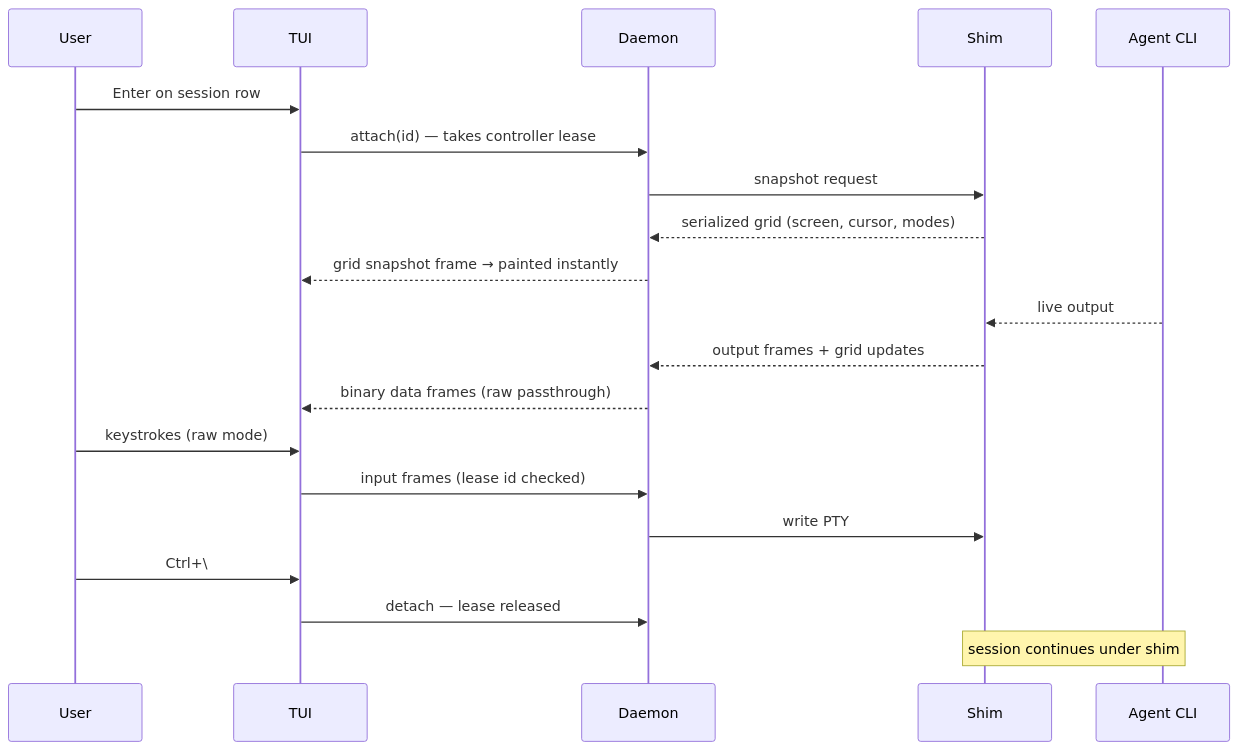
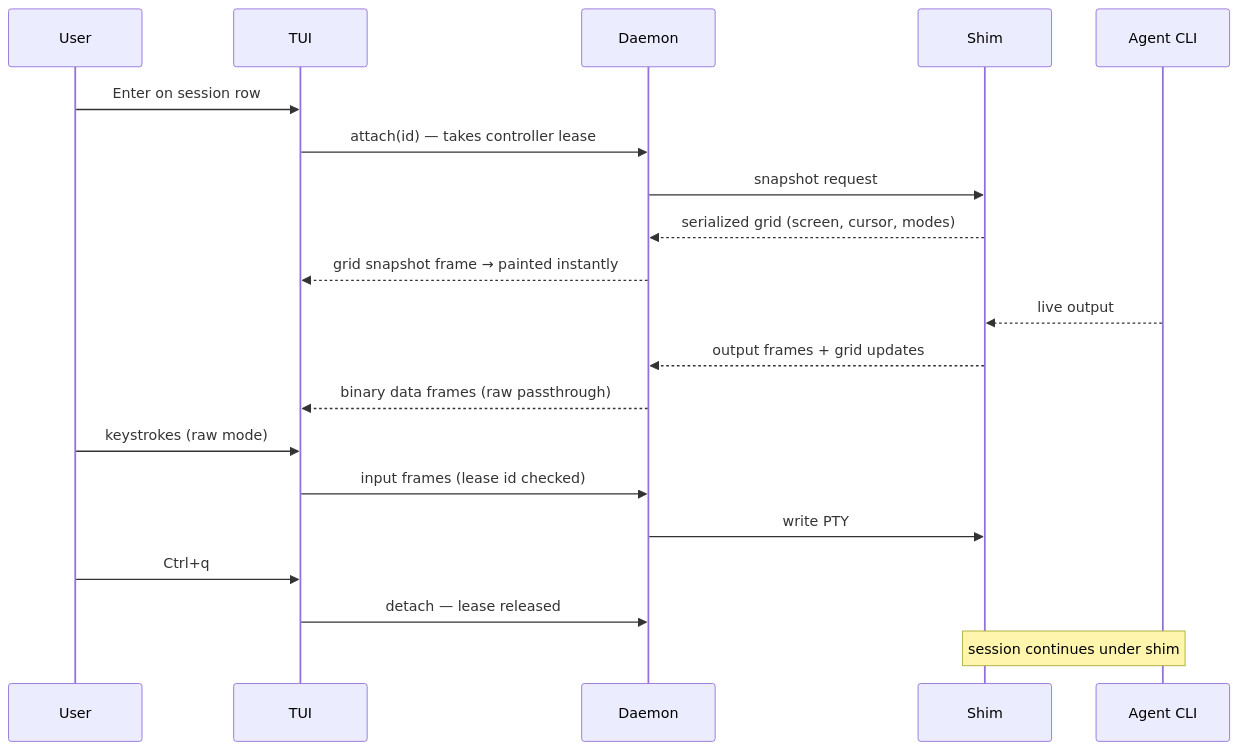
One commit to Nathandela/swarm changed the third of 3 diagrams in docs/specifications/system-spec.md. Above: the diagram before and after it, drawn with Mermaid. The commit also changed other lines of this file and 15 other files, not shown here.

````diff
--- a/docs/specifications/system-spec.md
+++ b/docs/specifications/system-spec.md
@@ -202,22 +202,22 @@
 ```mermaid
 sequenceDiagram
   participant U as User
   participant T as TUI
   participant D as Daemon
   participant S as Shim
   participant A as Agent CLI
   U->>T: Enter on session row
   T->>D: attach(id) — takes controller lease
   D->>S: snapshot request
   S-->>D: serialized grid (screen, cursor, modes)
   D-->>T: grid snapshot frame → painted instantly
   A-->>S: live output
   S-->>D: output frames + grid updates
   D-->>T: binary data frames (raw passthrough)
   U->>T: keystrokes (raw mode)
   T->>D: input frames (lease id checked)
   D->>S: write PTY
-  U->>T: Ctrl+\
+  U->>T: Ctrl+q
   T->>D: detach — lease released
   Note over S,A: session continues under shim
 ```
````
